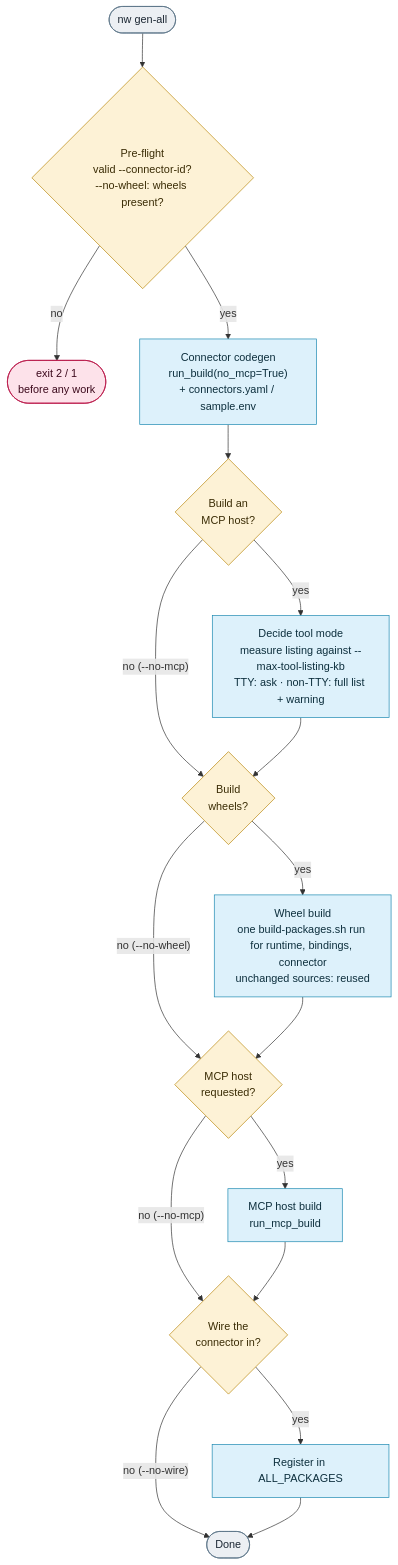
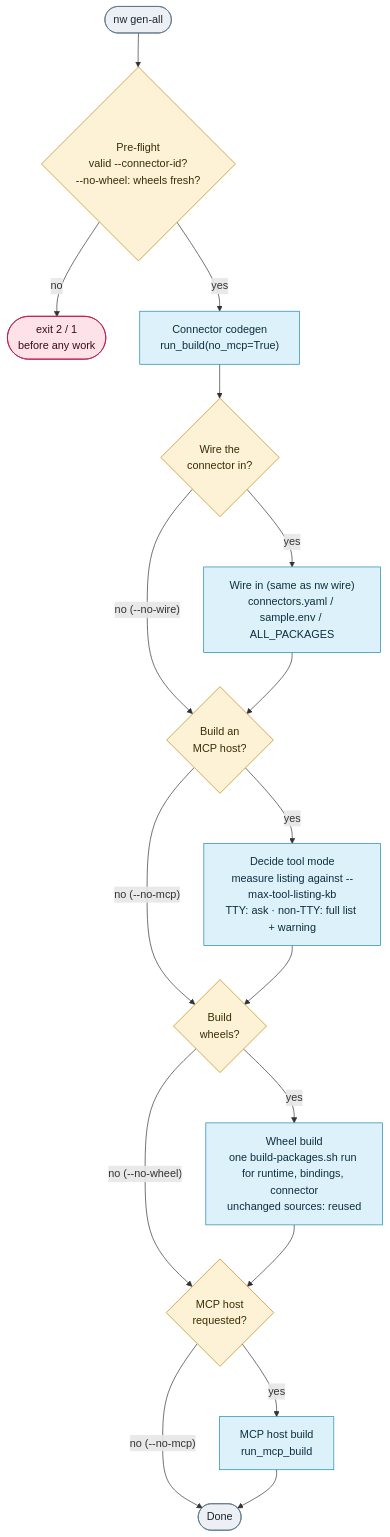
The diagram in docs/cli/nw-cli.md (AOT-Technologies/node-wire), drawn with Mermaid before and after one commit. The commit also changed other lines of this file and 133 other files, not shown here.

````diff
--- a/docs/cli/nw-cli.md
+++ b/docs/cli/nw-cli.md
@@ -81,32 +81,31 @@
 ```mermaid
 flowchart TD
-    Start(["nw gen-all"]) --> Preflight{"Pre-flight<br/>valid --connector-id?<br/>--no-wheel: wheels present?"}
+    Start(["nw gen-all"]) --> Preflight{"Pre-flight<br/>valid --connector-id?<br/>--no-wheel: wheels fresh?"}
     Preflight -- "no" --> Fail(["exit 2 / 1<br/>before any work"])
-    Preflight -- "yes" --> Connector["Connector codegen<br/>run_build(no_mcp=True)<br/>+ connectors.yaml / sample.env"]
-    Connector --> McpWanted{"Build an<br/>MCP host?"}
+    Preflight -- "yes" --> Connector["Connector codegen<br/>run_build(no_mcp=True)"]
+    Connector --> WireGate{"Wire the<br/>connector in?"}
+    WireGate -- "yes" --> Wire["Wire in (same as nw wire)<br/>connectors.yaml / sample.env / ALL_PACKAGES"]
+    WireGate -- "no (--no-wire)" --> McpWanted
+    Wire --> McpWanted{"Build an<br/>MCP host?"}
 
     McpWanted -- "yes" --> ToolMode["Decide tool mode<br/>measure listing against --max-tool-listing-kb<br/>TTY: ask · non-TTY: full list + warning"]
     McpWanted -- "no (--no-mcp)" --> WheelGate
     ToolMode --> WheelGate{"Build<br/>wheels?"}
 
     WheelGate -- "yes" --> Wheel["Wheel build<br/>one build-packages.sh run for runtime, bindings, connector<br/>unchanged sources: reused"]
     WheelGate -- "no (--no-wheel)" --> McpGate
     Wheel --> McpGate{"MCP host<br/>requested?"}
 
     McpGate -- "yes" --> McpBuild["MCP host build<br/>run_mcp_build"]
-    McpGate -- "no (--no-mcp)" --> WireGate
-    McpBuild --> WireGate{"Wire the<br/>connector in?"}
-
-    WireGate -- "yes" --> Wire["Register in ALL_PACKAGES"]
-    WireGate -- "no (--no-wire)" --> Done(["Done"])
-    Wire --> Done
+    McpGate -- "no (--no-mcp)" --> Done(["Done"])
+    McpBuild --> Done
 
     classDef stage fill:#ddf1fb,stroke:#1a88b0,stroke-width:1px,color:#0d2f3d
     classDef gate fill:#fdf2d6,stroke:#b8860b,stroke-width:1px,color:#3a2c05
     classDef term fill:#eceff3,stroke:#5b7387,stroke-width:1px,color:#1c2733
     classDef bad fill:#fde2ea,stroke:#b81548,stroke-width:1px,color:#3d0a1d
     class Connector,ToolMode,Wheel,McpBuild,Wire stage
     class Preflight,McpWanted,WheelGate,McpGate,WireGate gate
     class Start,Done term
     class Fail bad
 ```
````
